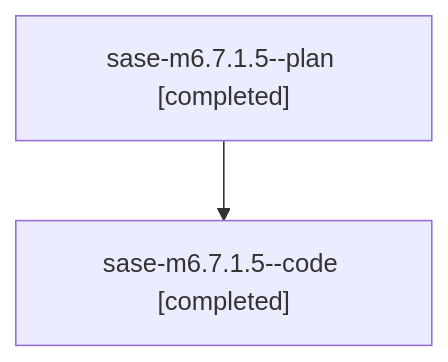
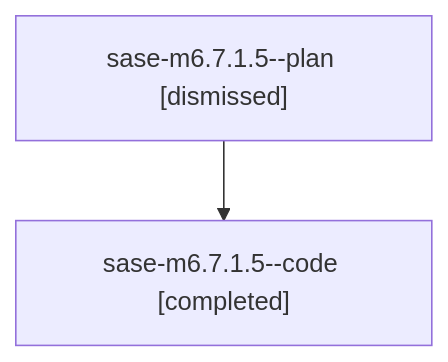
One commit to sase-org/sase--agents changed the diagram in families/bbugyi200.athena.sase-m6.7.1.5.md. Above: the diagram before and after it, drawn with Mermaid. The commit also changed other lines of this file and 335 other files, not shown here.

````diff
--- a/families/bbugyi200.athena.sase-m6.7.1.5.md
+++ b/families/bbugyi200.athena.sase-m6.7.1.5.md
@@ -9,6 +9,6 @@
 ```mermaid
 flowchart TD
-  n0["sase-m6.7.1.5--plan [completed]"]
+  n0["sase-m6.7.1.5--plan [dismissed]"]
   n1["sase-m6.7.1.5--code [completed]"]
   n0 --> n1
 ```
````
